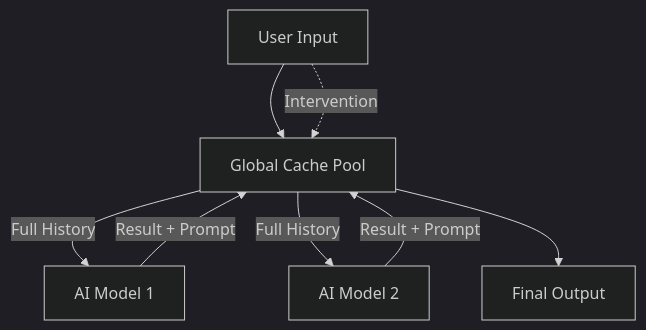
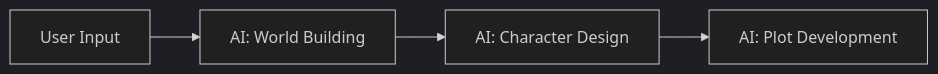
Before and after one commit to YeShanBoYun-Studio/NeuroPlex-Nexus: the first of 2 diagrams in README.md, drawn with Mermaid (dark theme). The commit also changed other lines of this file and 116 other files, not shown here.

````diff
--- a/README.md
+++ b/README.md
@@ -15,10 +52,6 @@
 ```mermaid
-flowchart TD
-    User[User Input] --> Cache[Global Cache Pool]
-    Cache -->|Full History| AI1[AI Model 1]
-    AI1 -->|Result + Prompt| Cache
-    Cache -->|Full History| AI2[AI Model 2]
-    AI2 -->|Result + Prompt| Cache
-    Cache --> Output[Final Output]
-    User -.->|Intervention| Cache
+graph LR
+  User[User Input] --> AI1[AI: World Building]
+  AI1 --> AI2[AI: Character Design]
+  AI2 --> AI3[AI: Plot Development]
 ```
````
